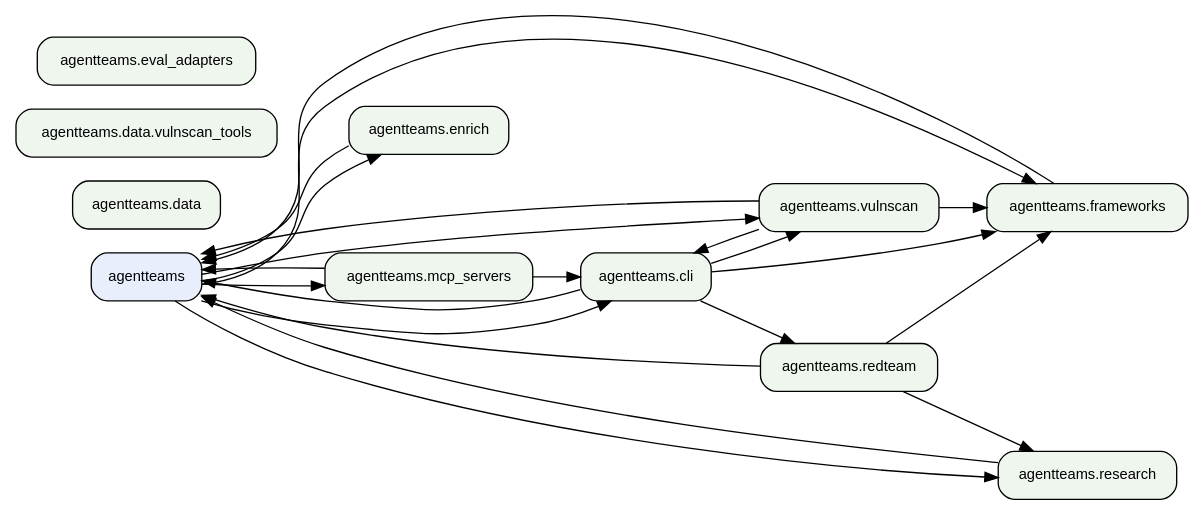
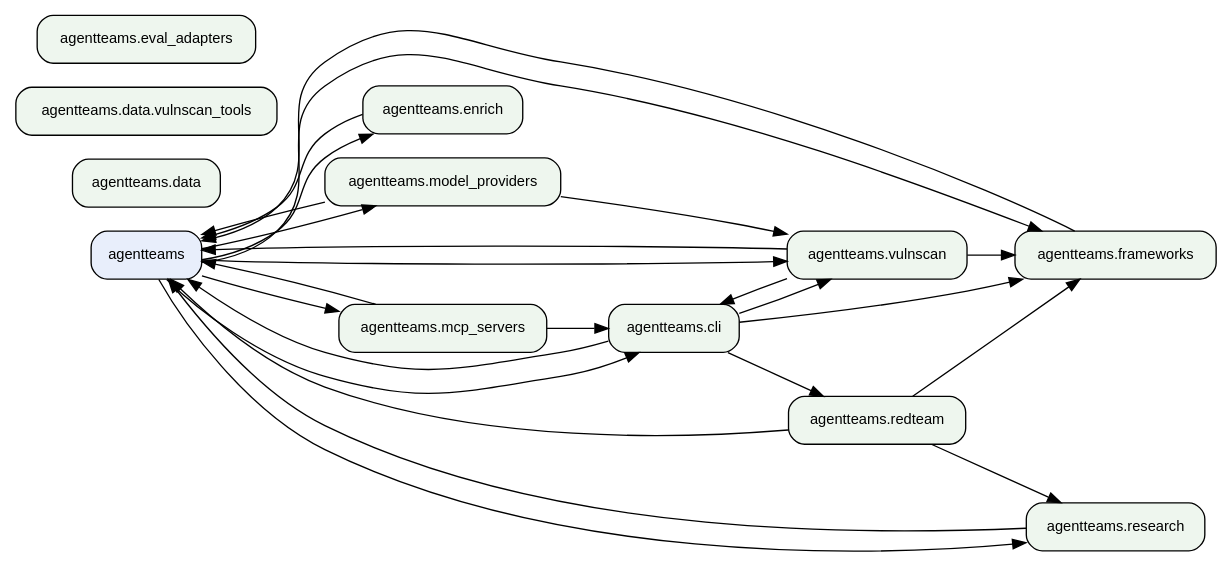
Before and after one commit to jlcatonjr/agentteams: the second of 2 diagrams in references/architecture-graph.md, drawn with Graphviz. The commit also changed other lines of this file and 16 other files, not shown here.

First line of the commit message:
refactor(model_providers): split into a package by responsibility (@code-hygiene)

````diff
--- a/references/architecture-graph.md
+++ b/references/architecture-graph.md
@@ -463,39 +477,43 @@
 ```dot
 digraph "agentteams architecture" {
     rankdir=LR;
     node [fontname="Helvetica", fontsize=11, shape=box, style="rounded,filled", fillcolor="#eef6ee"];
     edge [fontsize=9];
     "agentteams" [fillcolor="#e8eefb"];
     "agentteams.cli" [fillcolor="#eef6ee"];
     "agentteams.data" [fillcolor="#eef6ee"];
     "agentteams.data.vulnscan_tools" [fillcolor="#eef6ee"];
     "agentteams.enrich" [fillcolor="#eef6ee"];
     "agentteams.eval_adapters" [fillcolor="#eef6ee"];
     "agentteams.frameworks" [fillcolor="#eef6ee"];
     "agentteams.mcp_servers" [fillcolor="#eef6ee"];
+    "agentteams.model_providers" [fillcolor="#eef6ee"];
     "agentteams.redteam" [fillcolor="#eef6ee"];
     "agentteams.research" [fillcolor="#eef6ee"];
     "agentteams.vulnscan" [fillcolor="#eef6ee"];
     "agentteams" -> "agentteams.cli";
     "agentteams" -> "agentteams.enrich";
     "agentteams" -> "agentteams.frameworks";
     "agentteams" -> "agentteams.mcp_servers";
+    "agentteams" -> "agentteams.model_providers";
     "agentteams" -> "agentteams.research";
     "agentteams" -> "agentteams.vulnscan";
     "agentteams.cli" -> "agentteams";
     "agentteams.cli" -> "agentteams.frameworks";
     "agentteams.cli" -> "agentteams.redteam";
     "agentteams.cli" -> "agentteams.vulnscan";
     "agentteams.enrich" -> "agentteams";
     "agentteams.frameworks" -> "agentteams";
     "agentteams.mcp_servers" -> "agentteams";
     "agentteams.mcp_servers" -> "agentteams.cli";
+    "agentteams.model_providers" -> "agentteams";
+    "agentteams.model_providers" -> "agentteams.vulnscan";
     "agentteams.redteam" -> "agentteams";
     "agentteams.redteam" -> "agentteams.frameworks";
     "agentteams.redteam" -> "agentteams.research";
     "agentteams.research" -> "agentteams";
     "agentteams.vulnscan" -> "agentteams";
     "agentteams.vulnscan" -> "agentteams.cli";
     "agentteams.vulnscan" -> "agentteams.frameworks";
 }
 ```
````
